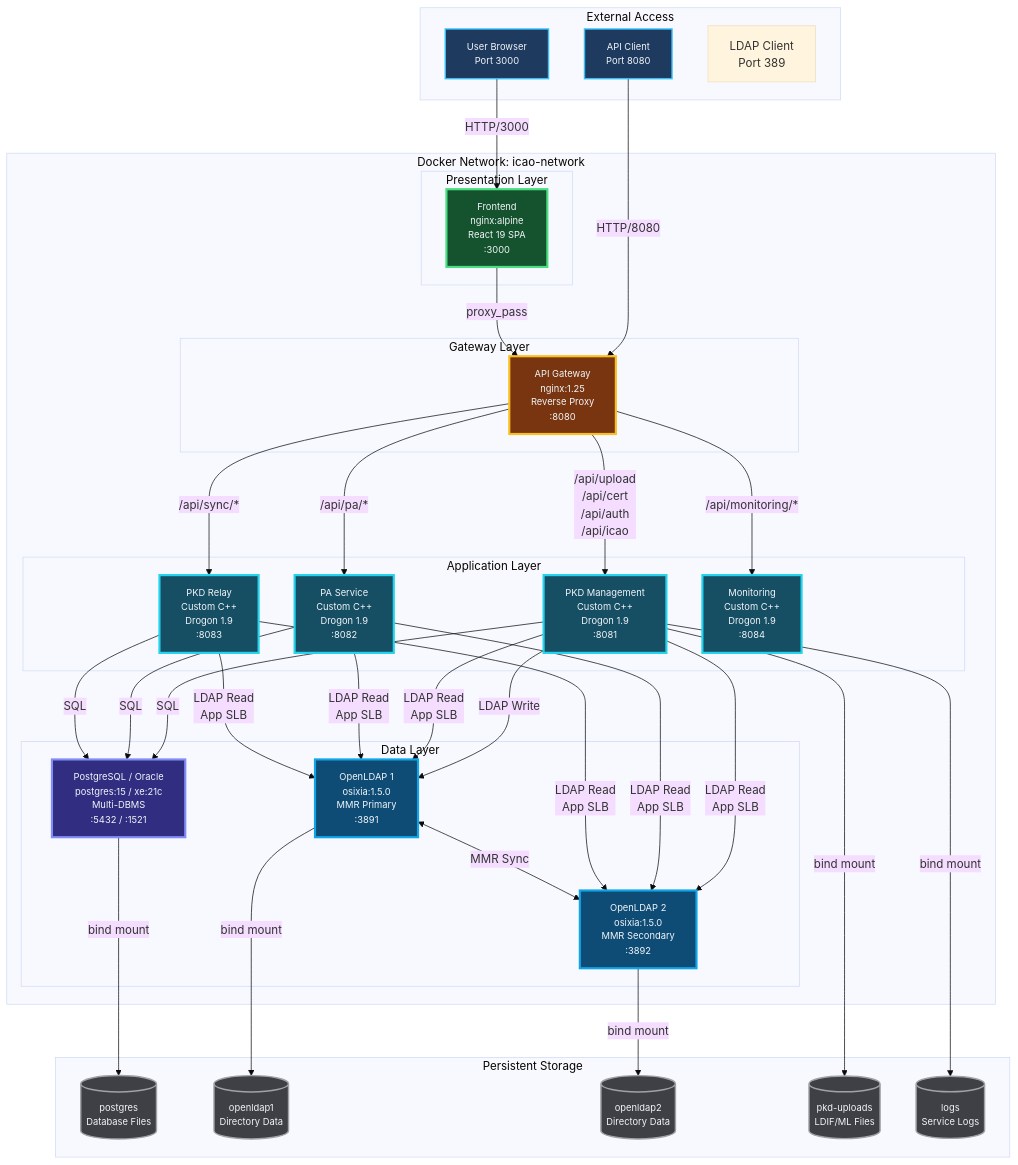
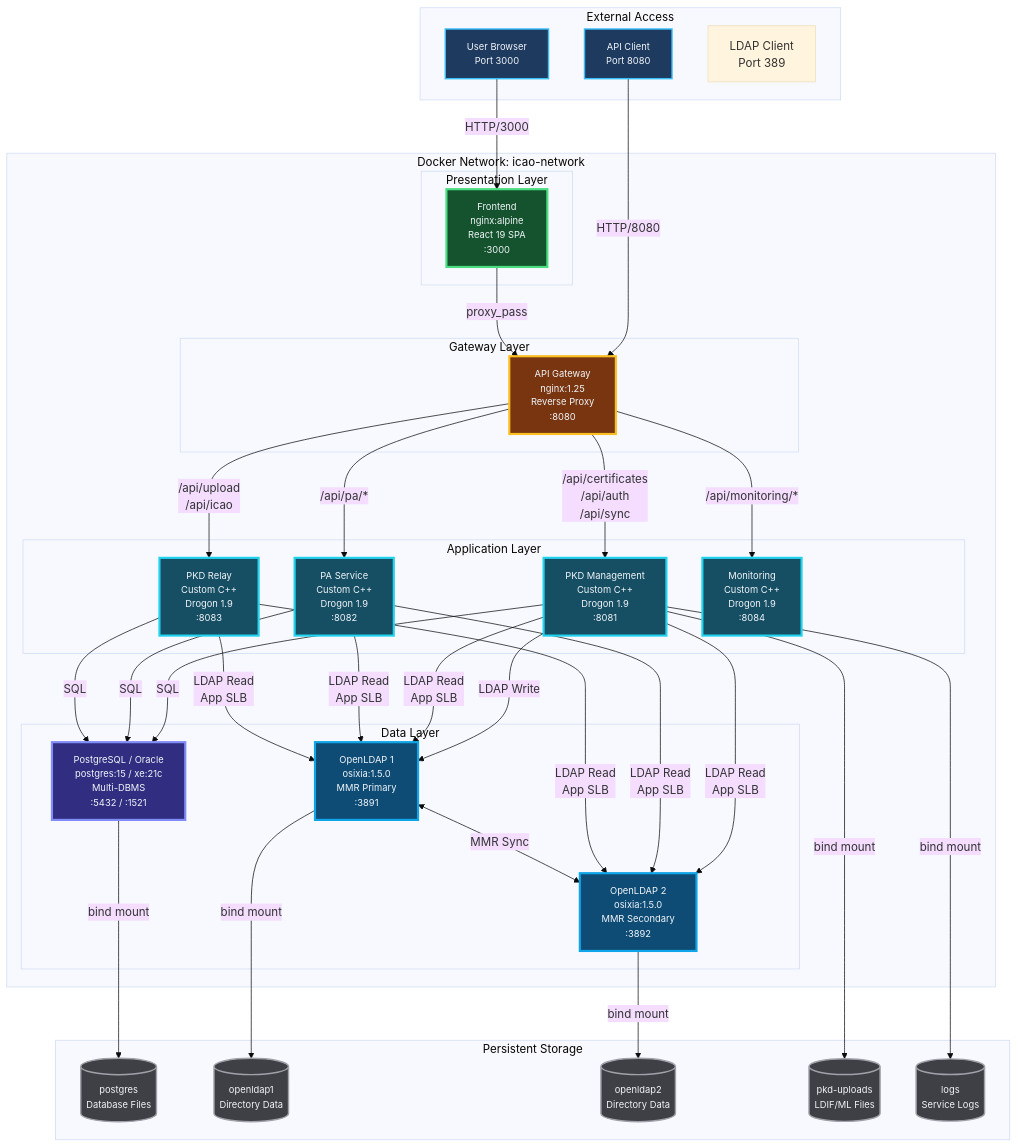
Diagram 14 of 17 in docs/ARCHITECTURE.md (iland112/icao-local-pkd-cpp), drawn with Mermaid (base theme) before and after one commit. The commit also changed other lines of this file and 6 other files, not shown here.

```diff
--- a/docs/ARCHITECTURE.md
+++ b/docs/ARCHITECTURE.md
@@ -1388,9 +1364,9 @@
     Frontend -->|proxy_pass| APIGateway
 
     %% Gateway to Application
-    APIGateway -->|/api/upload<br/>/api/cert<br/>/api/auth<br/>/api/icao| PKD
+    APIGateway -->|/api/certificates<br/>/api/auth<br/>/api/sync| PKD
     APIGateway -->|/api/pa/*| PA
-    APIGateway -->|/api/sync/*| Relay
+    APIGateway -->|/api/upload<br/>/api/icao| Relay
     APIGateway -->|/api/monitoring/*| Mon
 
     %% Application to Data Layer
```
